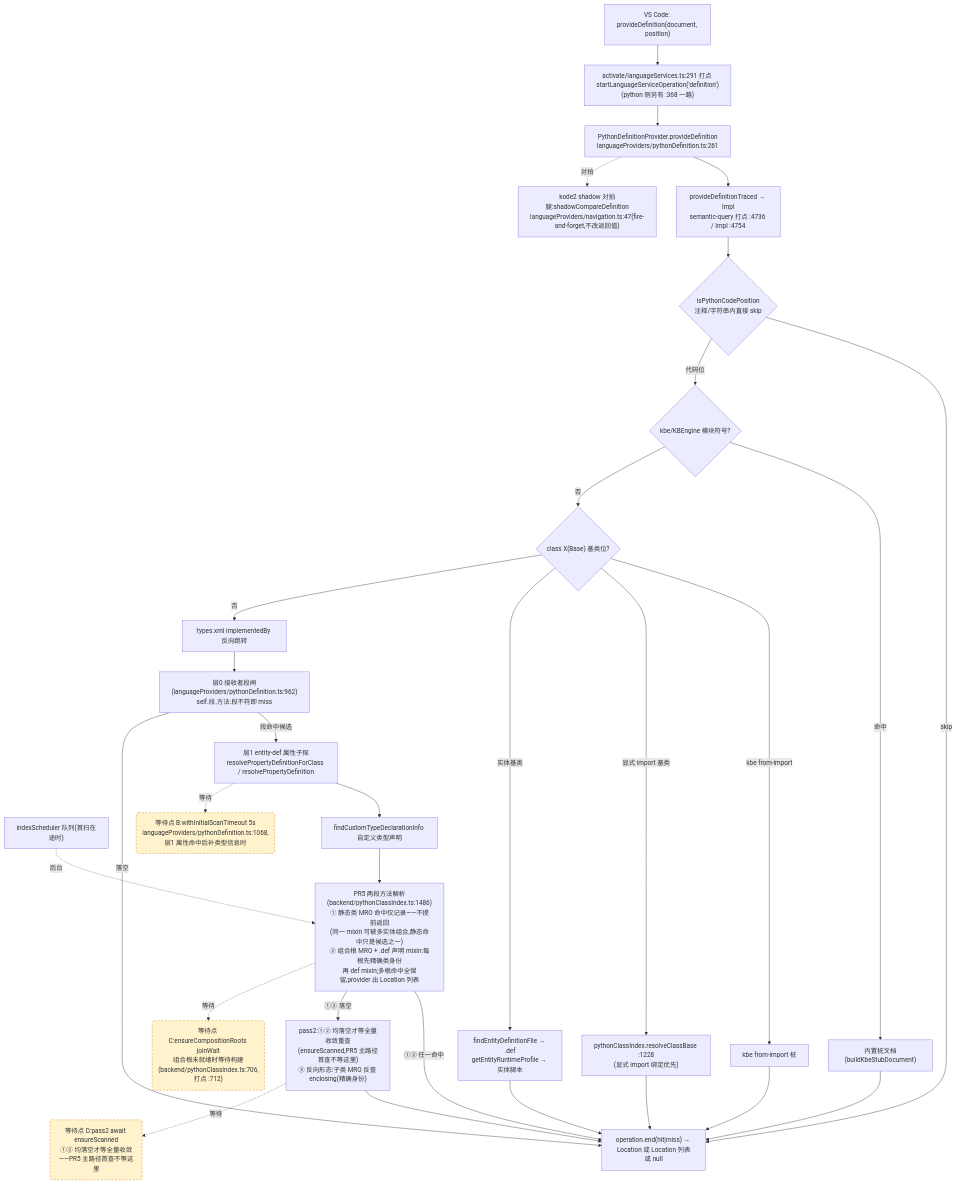
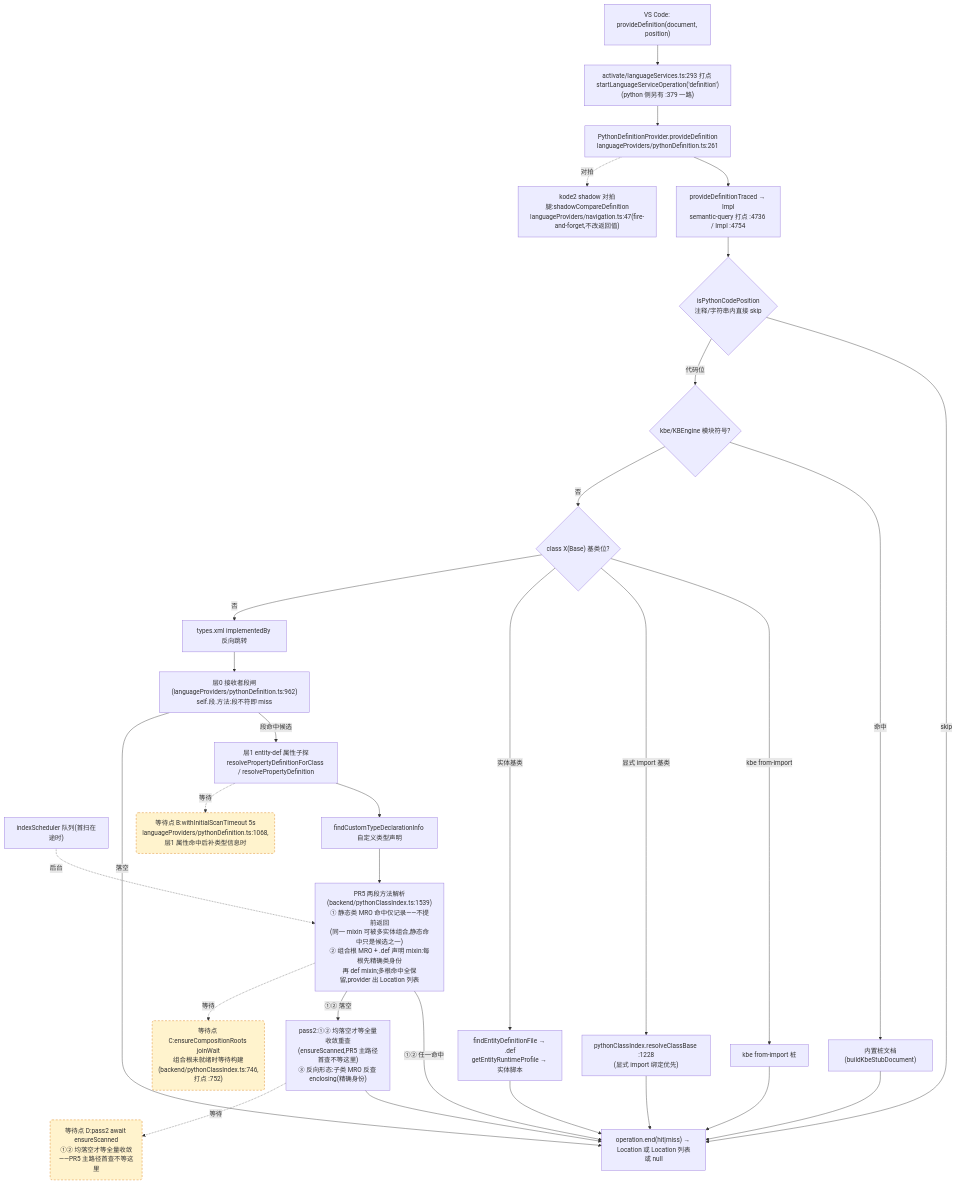
The second of 4 diagrams in docs/perf/2026-baseline.md (cuihairu/kode), drawn with Mermaid before and after one commit. The commit also changed other lines of this file and 11 other files, not shown here.

````diff
--- a/docs/perf/2026-baseline.md
+++ b/docs/perf/2026-baseline.md
@@ -148,51 +148,51 @@
 ```mermaid
 flowchart TD
   VC2["VS Code: provideDefinition(document, position)"]
-  M2["activate/languageServices.ts:291 打点 startLanguageServiceOperation('definition')<br/>(python 侧另有 :368 一路)"]
+  M2["activate/languageServices.ts:293 打点 startLanguageServiceOperation('definition')<br/>(python 侧另有 :379 一路)"]
   AD2["PythonDefinitionProvider.provideDefinition<br/>languageProviders/pythonDefinition.ts:261"]
   TR["provideDefinitionTraced → Impl<br/>semantic-query 打点 :4736 / Impl :4754"]
   CTX{"isPythonCodePosition<br/>注释/字符串内直接 skip"}
   KBE{"kbe/KBEngine 模块符号?"}
   STUB["内置桩文档(buildKbeStubDocument)"]
   CB{"class X(Base) 基类位?"}
   CB1["kbe from-import 桩"]
   CB2["pythonClassIndex.resolveClassBase :1228<br/>(显式 import 绑定优先)"]
   CB3["findEntityDefinitionFile → .def<br/>getEntityRuntimeProfile → 实体脚本"]
   REV["types.xml implementedBy 反向跳转"]
   L0["层0 接收者段闸(languageProviders/pythonDefinition.ts:962)<br/>self.段.方法:段不符即 miss"]
   L1["层1 entity-def 属性子探<br/>resolvePropertyDefinitionForClass / resolvePropertyDefinition"]
   SCAN["indexScheduler 队列(首扫在途时)"]
   TY["findCustomTypeDeclarationInfo 自定义类型声明"]
-  MRO["PR5 两段方法解析(backend/pythonClassIndex.ts:1486)<br/>① 静态类 MRO 命中仅记录——不提前返回<br/>(同一 mixin 可被多实体组合,静态命中只是候选之一)<br/>② 组合根 MRO + .def 声明 mixin:每根先精确类身份<br/>再 def mixin;多根命中全保留,provider 出 Location 列表"]
+  MRO["PR5 两段方法解析(backend/pythonClassIndex.ts:1539)<br/>① 静态类 MRO 命中仅记录——不提前返回<br/>(同一 mixin 可被多实体组合,静态命中只是候选之一)<br/>② 组合根 MRO + .def 声明 mixin:每根先精确类身份<br/>再 def mixin;多根命中全保留,provider 出 Location 列表"]
   PASS2["pass2:①② 均落空才等全量收敛重查<br/>(ensureScanned,PR5 主路径首查不等这里)<br/>③ 反向形态:子类 MRO 反查 enclosing(精确身份)"]
   SHD["kode2 shadow 对拍腿:shadowCompareDefinition<br/>languageProviders/navigation.ts:47(fire-and-forget,不改返回值)"]
   END2["operation.end(hit|miss) → Location 或 Location 列表或 null"]
 
   VC2 --> M2 --> AD2 --> TR --> CTX
   CTX -- "skip" --> END2
   CTX -- "代码位" --> KBE
   KBE -- "命中" --> STUB --> END2
   KBE -- "否" --> CB
   CB -- "kbe from-import" --> CB1 --> END2
   CB -- "显式 import 基类" --> CB2 --> END2
   CB -- "实体基类" --> CB3 --> END2
   CB -- "否" --> REV --> L0
   L0 -- "段命中候选" --> L1
   L0 -- "落空" --> END2
   L1 --> TY
   TY --> MRO
   MRO -- "①② 任一命中" --> END2
   MRO -- "①② 落空" --> PASS2 --> END2
   AD2 -.->|对拍| SHD
 
   WAITB("等待点 B:withInitialScanTimeout 5s<br/>languageProviders/pythonDefinition.ts:1068,层1 属性命中后补类型信息时")
-  WAITC("等待点 C:ensureCompositionRoots joinWait<br/>组合根未就绪时等待构建(backend/pythonClassIndex.ts:706,打点 :712)")
+  WAITC("等待点 C:ensureCompositionRoots joinWait<br/>组合根未就绪时等待构建(backend/pythonClassIndex.ts:746,打点 :752)")
   WAITD("等待点 D:pass2 await ensureScanned<br/>①② 均落空才等全量收敛——PR5 主路径首查不等这里")
   L1 -.->|等待| WAITB
   MRO -.->|等待| WAITC
   PASS2 -.->|等待| WAITD
   SCAN -.->|后台| MRO
 
   classDef waitPoint fill:#fff3cd,stroke:#d97706,stroke-dasharray:5 4;
   class WAITB,WAITC,WAITD waitPoint;
 ```
````
